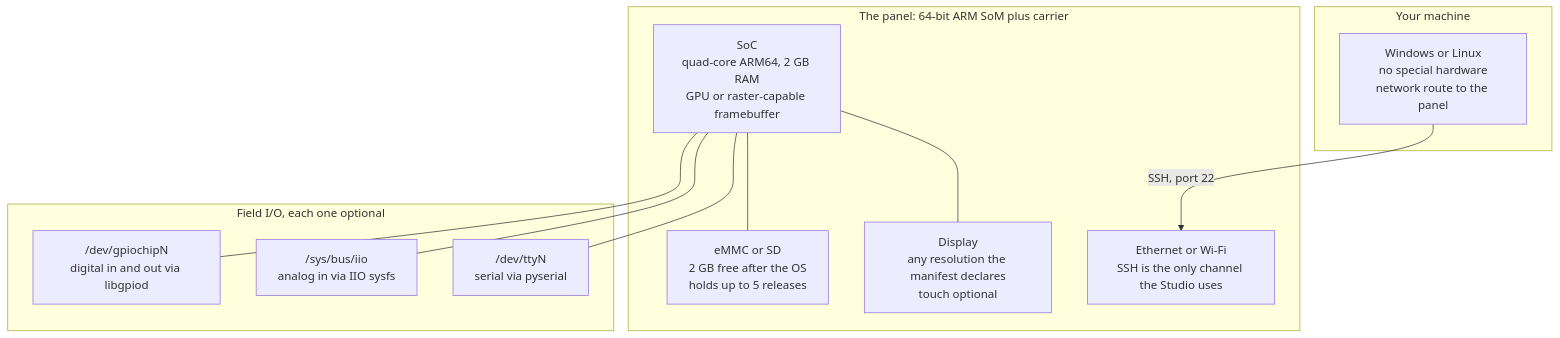
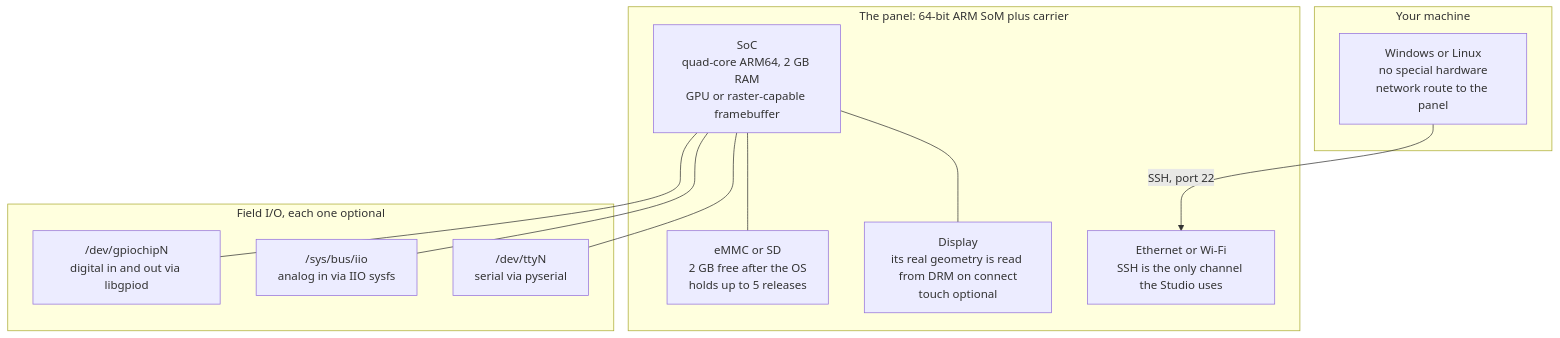
The diagram in docs/assets/hardware.mmd (Hitheshkaranth/EmbeddedDisplayStudio), drawn with Mermaid before and after one commit. The commit also changed 5 other files, not shown here.

First line of the commit message:
Redraw the diagrams for the platform as it stands

```diff
--- a/docs/assets/hardware.mmd
+++ b/docs/assets/hardware.mmd
@@ -1,21 +1,21 @@
 graph TD
     subgraph board [The panel: 64-bit ARM SoM plus carrier]
         soc["SoC<br/>quad-core ARM64, 2 GB RAM<br/>GPU or raster-capable framebuffer"]
         flash["eMMC or SD<br/>2 GB free after the OS<br/>holds up to 5 releases"]
-        disp["Display<br/>any resolution the manifest declares<br/>touch optional"]
+        disp["Display<br/>its real geometry is read from DRM on connect<br/>touch optional"]
         net["Ethernet or Wi-Fi<br/>SSH is the only channel the Studio uses"]
     end
     subgraph io [Field I/O, each one optional]
         gpio["/dev/gpiochipN<br/>digital in and out via libgpiod"]
         adc["/sys/bus/iio<br/>analog in via IIO sysfs"]
         uart["/dev/ttyN<br/>serial via pyserial"]
     end
     subgraph host [Your machine]
         pc["Windows or Linux<br/>no special hardware<br/>network route to the panel"]
     end
     pc -->|SSH, port 22| net
     soc --- flash
     soc --- disp
     soc --- gpio
     soc --- adc
     soc --- uart
```
